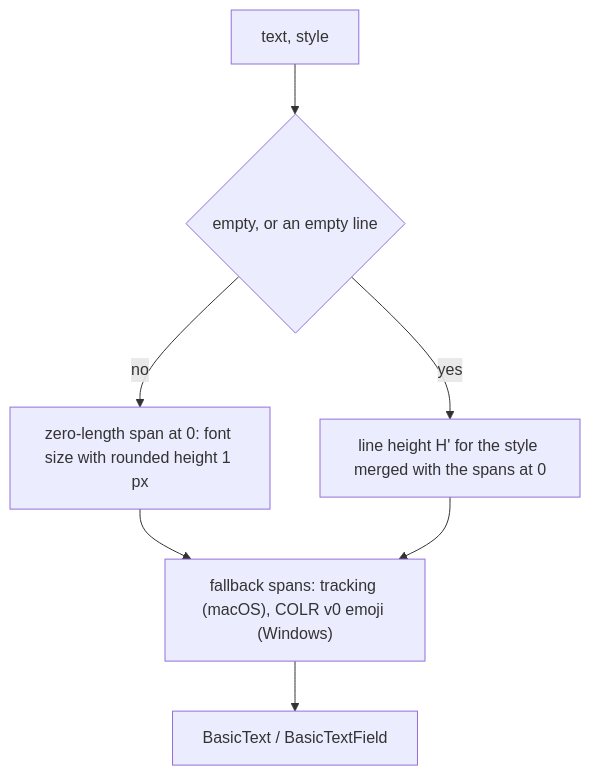
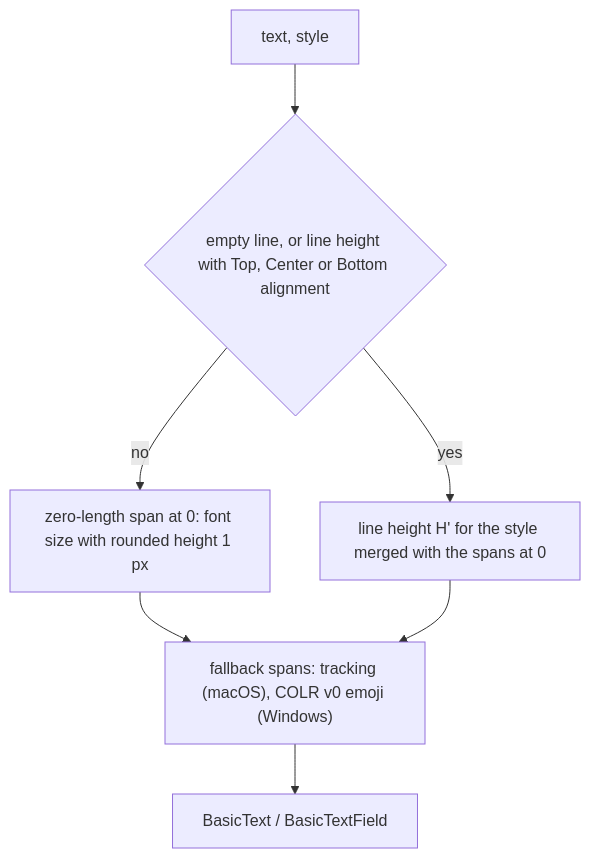
The diagram in plans/2026-11-13-linux-fallback-font-crash.md (simplex-chat/simplex-chat), drawn with Mermaid before and after one commit. The commit also changed other lines of this file and 1 other file, not shown here.

Commit message:
desktop: lay out empty texts with the proportional empty metrics of Skiko 0.9.4.2

````diff
--- a/plans/2026-11-13-linux-fallback-font-crash.md
+++ b/plans/2026-11-13-linux-fallback-font-crash.md
@@ -39,9 +41,9 @@
 ```mermaid
 flowchart TD
-  T["text, style"] --> E{"empty, or an empty line"}
+  T["text, style"] --> E{"empty line, or line height with Top, Center or Bottom alignment"}
   E -- no --> M["zero-length span at 0: font size with rounded height 1 px"]
   E -- yes --> C["line height H' for the style merged with the spans at 0"]
   M --> F["fallback spans: tracking (macOS), COLR v0 emoji (Windows)"]
   C --> F
   F --> B["BasicText / BasicTextField"]
 ```
````
